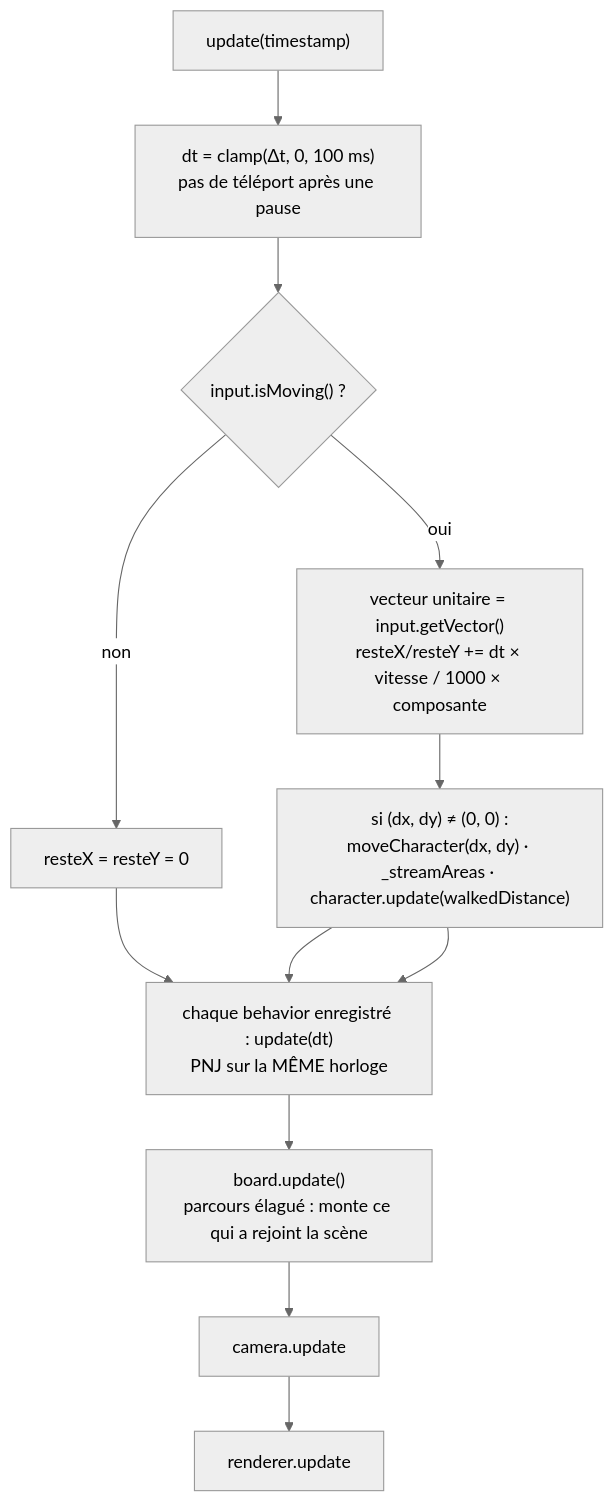
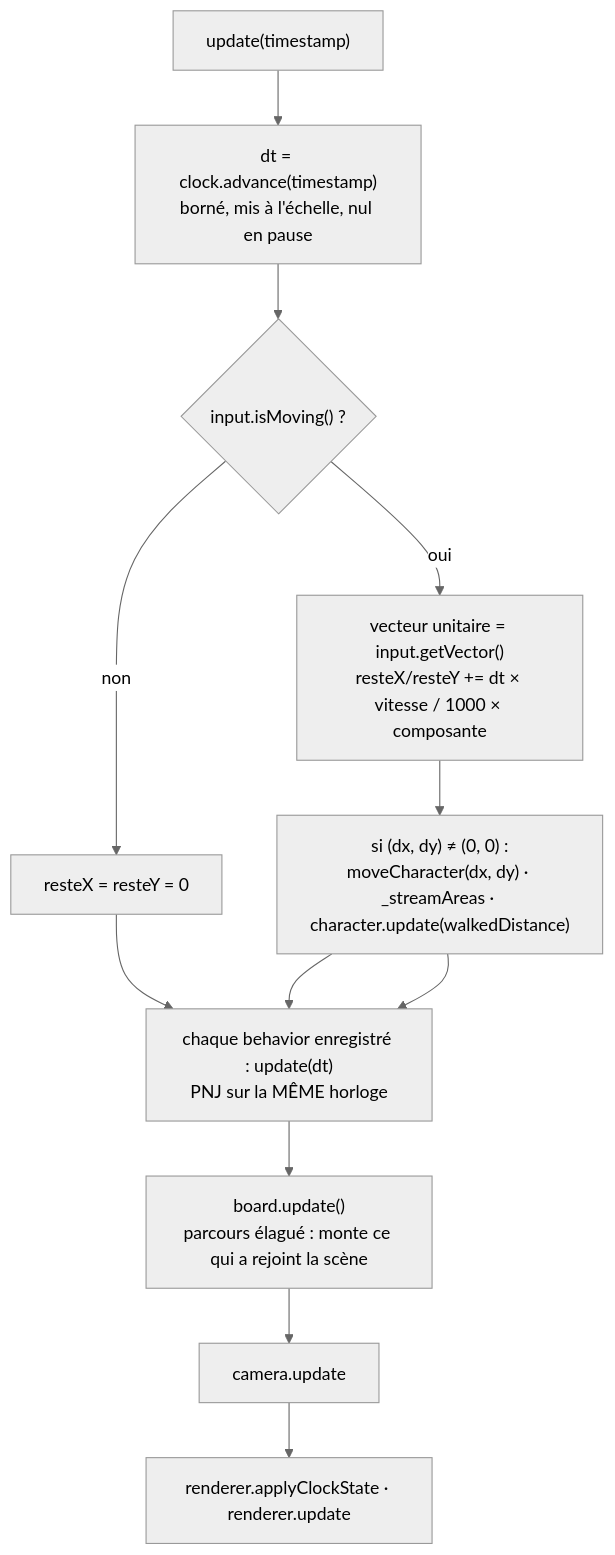
The first of 3 diagrams in meta/documentation/engine.md (deljdlx/dc-container-kingdom), drawn with Mermaid (neutral theme) before and after one commit. The commit also changed other lines of this file and 15 other files, not shown here.

````diff
--- a/meta/documentation/engine.md
+++ b/meta/documentation/engine.md
@@ -172,14 +172,14 @@
 ```mermaid
 flowchart TD
-    U["update(timestamp)"] --> DT["dt = clamp(Δt, 0, 100 ms)<br/>pas de téléport après une pause"]
+    U["update(timestamp)"] --> DT["dt = clock.advance(timestamp)<br/>borné, mis à l'échelle, nul en pause"]
     DT --> Q{"input.isMoving() ?"}
     Q -->|oui| ACC["vecteur unitaire = input.getVector()<br/>resteX/resteY += dt × vitesse / 1000 × composante"]
     Q -->|non| RST["resteX = resteY = 0"]
     ACC --> MC["si (dx, dy) ≠ (0, 0) :<br/>moveCharacter(dx, dy) · _streamAreas · character.update(walkedDistance)"]
     RST --> B
     MC --> B
     MC --> B["chaque behavior enregistré : update(dt)<br/>PNJ sur la MÊME horloge"]
     B --> W["board.update()<br/>parcours élagué : monte ce qui a rejoint la scène"]
     W --> C["camera.update"]
-    C --> R["renderer.update"]
+    C --> R["renderer.applyClockState · renderer.update"]
 ```
````
